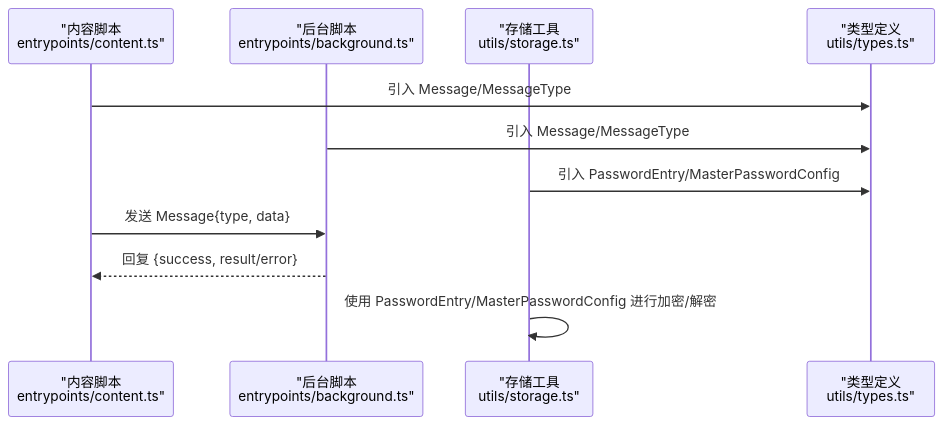
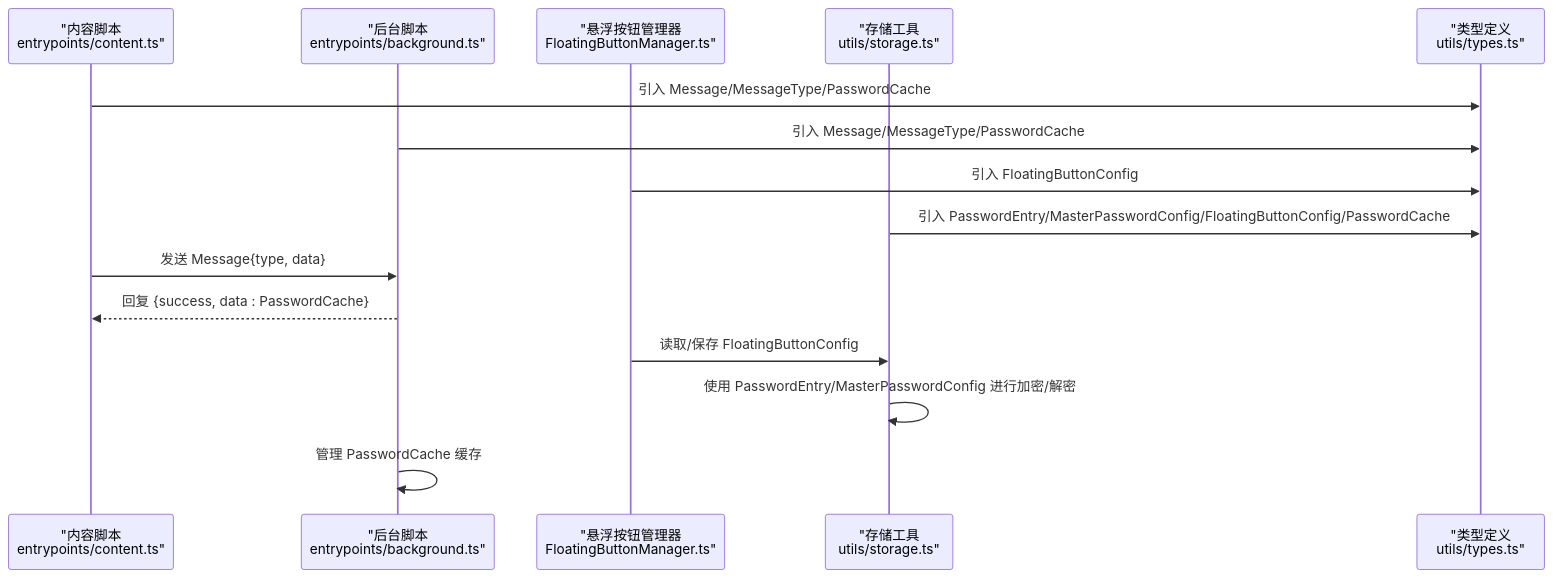
Before and after one commit to liaolongdong/account-password-helper: the second of 5 diagrams in .qoder/repowiki/zh/content/核心模块/类型定义.md, drawn with Mermaid. The commit also changed other lines of this file and 23 other files, not shown here.

````diff
--- a/.qoder/repowiki/zh/content/核心模块/类型定义.md
+++ b/.qoder/repowiki/zh/content/核心模块/类型定义.md
@@ -89,13 +116,17 @@
 ```mermaid
 sequenceDiagram
 participant Content as "内容脚本<br/>entrypoints/content.ts"
 participant Background as "后台脚本<br/>entrypoints/background.ts"
+participant Floating as "悬浮按钮管理器<br/>FloatingButtonManager.ts"
 participant Storage as "存储工具<br/>utils/storage.ts"
 participant Types as "类型定义<br/>utils/types.ts"
-Content->>Types : 引入 Message/MessageType
-Background->>Types : 引入 Message/MessageType
-Storage->>Types : 引入 PasswordEntry/MasterPasswordConfig
+Content->>Types : 引入 Message/MessageType/PasswordCache
+Background->>Types : 引入 Message/MessageType/PasswordCache
+Floating->>Types : 引入 FloatingButtonConfig
+Storage->>Types : 引入 PasswordEntry/MasterPasswordConfig/FloatingButtonConfig/PasswordCache
 Content->>Background : 发送 Message{type, data}
-Background-->>Content : 回复 {success, result/error}
+Background-->>Content : 回复 {success, data : PasswordCache}
+Floating->>Storage : 读取/保存 FloatingButtonConfig
 Storage->>Storage : 使用 PasswordEntry/MasterPasswordConfig 进行加密/解密
+Background->>Background : 管理 PasswordCache 缓存
 ```
````
